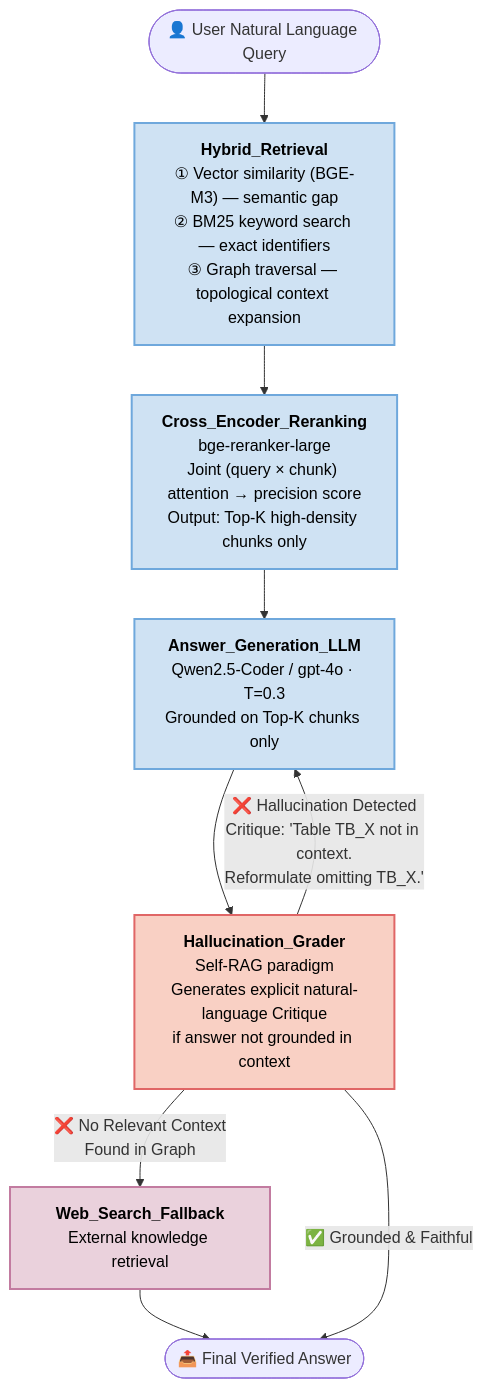
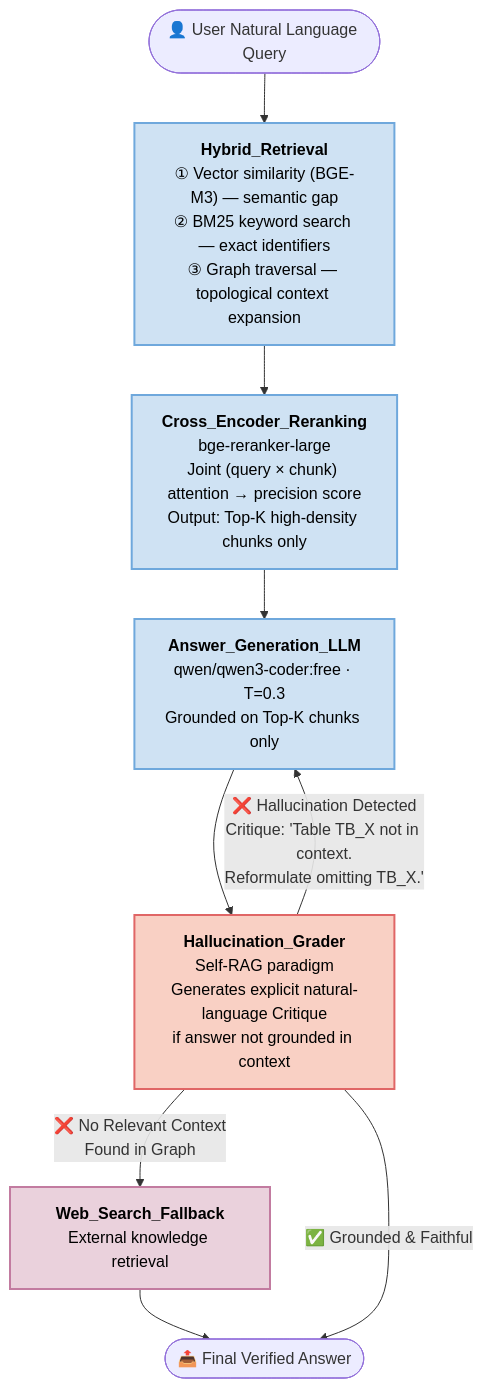
One commit to LookUpMark/semanticmesh changed the fifth of 8 diagrams in docs/draft/SPECS.md. Above: the diagram before and after it, drawn with Mermaid. The commit also changed other lines of this file and 22 other files, not shown here.

````diff
--- a/docs/draft/SPECS.md
+++ b/docs/draft/SPECS.md
@@ -342,32 +342,32 @@
 ```mermaid
 graph TD
     Start(["👤 User Natural Language Query"]) --> Hybrid
 
     Hybrid["<b>Hybrid_Retrieval</b><br/>① Vector similarity (BGE-M3) — semantic gap<br/>② BM25 keyword search — exact identifiers<br/>③ Graph traversal — topological context expansion"]
     Hybrid --> Rerank
 
     Rerank["<b>Cross_Encoder_Reranking</b><br/>bge-reranker-large<br/>Joint (query × chunk) attention → precision score<br/>Output: Top-K high-density chunks only"]
     Rerank --> Generate
 
-    Generate["<b>Answer_Generation_LLM</b><br/>Qwen2.5-Coder / gpt-4o · T=0.3<br/>Grounded on Top-K chunks only"]
+    Generate["<b>Answer_Generation_LLM</b><br/>qwen/qwen3-coder:free · T=0.3<br/>Grounded on Top-K chunks only"]
     Generate --> Grade
 
     Grade["<b>Hallucination_Grader</b><br/>Self-RAG paradigm<br/>Generates explicit natural-language Critique<br/>if answer not grounded in context"]
 
     Grade -- "❌ Hallucination Detected\nCritique: 'Table TB_X not in context.\nReformulate omitting TB_X.'" --> Generate
     Grade -- "❌ No Relevant Context\nFound in Graph" --> Fallback
 
     Fallback["<b>Web_Search_Fallback</b><br/>External knowledge retrieval"]
     Fallback --> Output
 
     Grade -- "✅ Grounded & Faithful" --> Output
 
     Output(["📤 Final Verified Answer"])
 
     classDef loop fill:#f9d0c4,stroke:#e06666,stroke-width:2px,color:#000
     classDef node_ fill:#cfe2f3,stroke:#6fa8dc,stroke-width:2px,color:#000
     classDef fallback fill:#ead1dc,stroke:#c27ba0,stroke-width:2px,color:#000
     class Grade loop
     class Hybrid,Rerank,Generate node_
     class Fallback fallback
 ```
````
